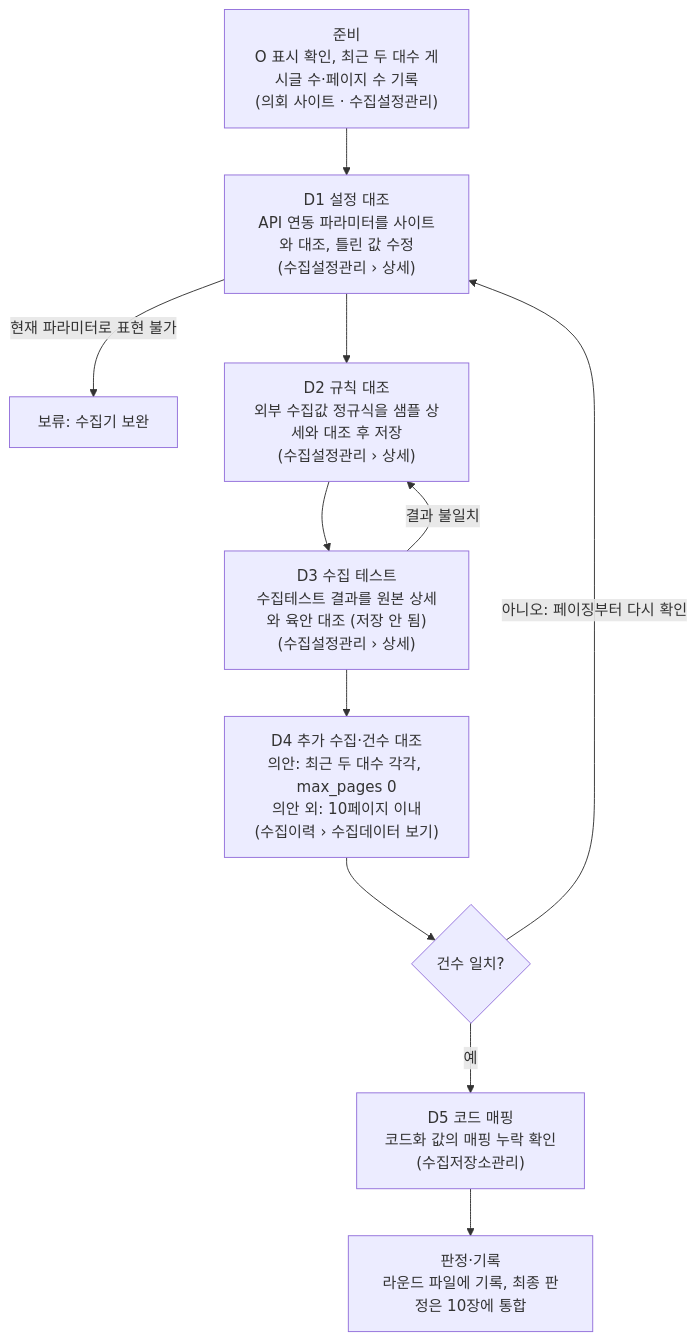
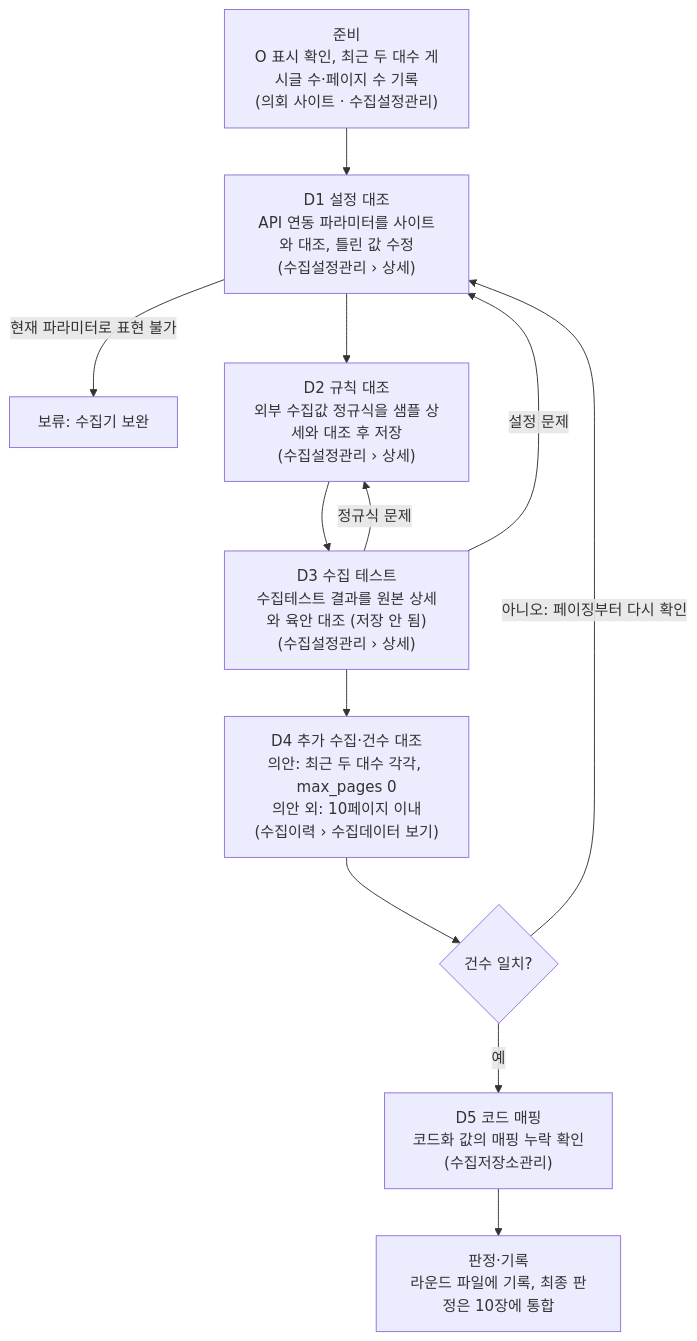
The diagram in SSOT.md (choimingyu99/collector), drawn with Mermaid before and after one commit. The commit also changed other lines of this file and 4 other files, not shown here.

````diff
--- a/SSOT.md
+++ b/SSOT.md
@@ -42,13 +80,14 @@
 ```mermaid
 flowchart TD
     P["준비<br/>O 표시 확인, 최근 두 대수 게시글 수·페이지 수 기록<br/>(의회 사이트 · 수집설정관리)"] --> D1["D1 설정 대조<br/>API 연동 파라미터를 사이트와 대조, 틀린 값 수정<br/>(수집설정관리 › 상세)"]
     D1 -->|현재 파라미터로 표현 불가| H["보류: 수집기 보완"]
     D1 --> D2["D2 규칙 대조<br/>외부 수집값 정규식을 샘플 상세와 대조 후 저장<br/>(수집설정관리 › 상세)"]
     D2 --> D3["D3 수집 테스트<br/>수집테스트 결과를 원본 상세와 육안 대조 (저장 안 됨)<br/>(수집설정관리 › 상세)"]
-    D3 -->|결과 불일치| D2
+    D3 -->|정규식 문제| D2
+    D3 -->|설정 문제| D1
     D3 --> D4["D4 추가 수집·건수 대조<br/>의안: 최근 두 대수 각각, max_pages 0<br/>의안 외: 10페이지 이내<br/>(수집이력 › 수집데이터 보기)"]
     D4 --> C{건수 일치?}
     C -->|아니오: 페이징부터 다시 확인| D1
     C -->|예| D5["D5 코드 매핑<br/>코드화 값의 매핑 누락 확인<br/>(수집저장소관리)"]
     D5 --> R["판정·기록<br/>라운드 파일에 기록, 최종 판정은 10장에 통합"]
 ```
````
